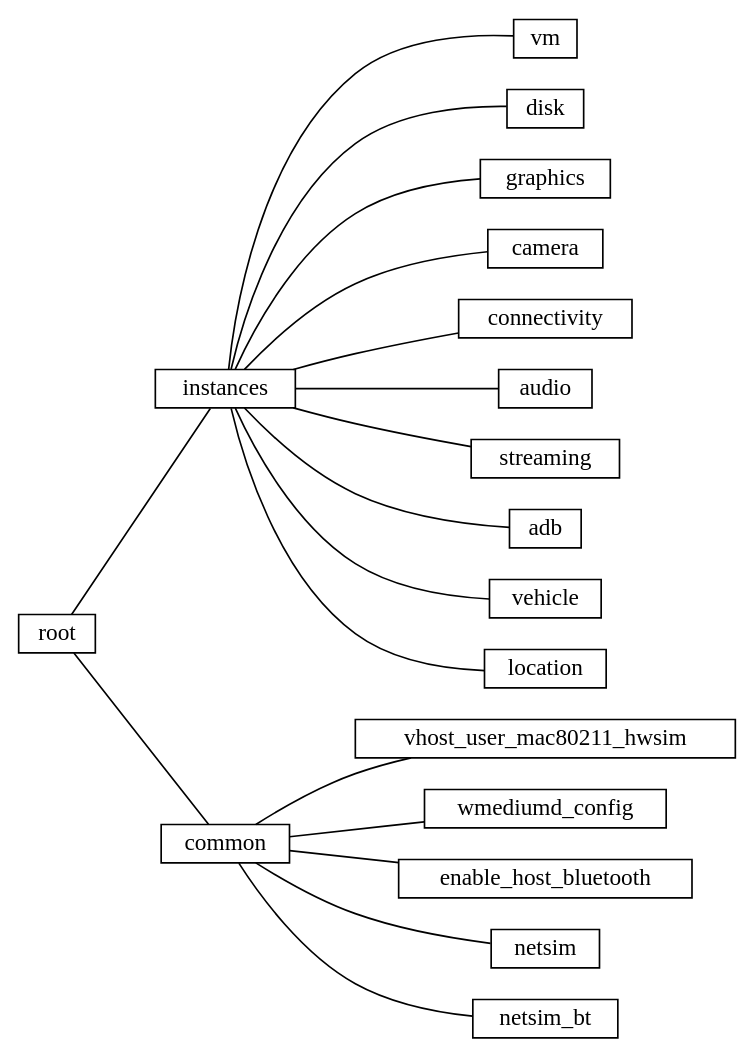
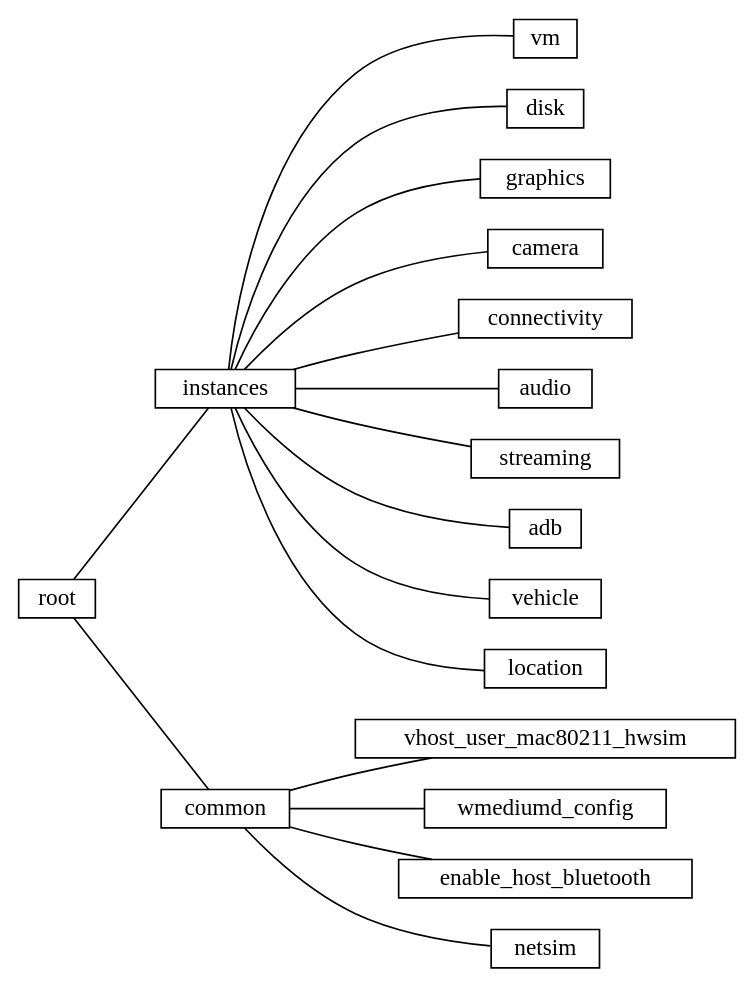
Before and after one commit to google/android-cuttlefish: the diagram in base/cvd/cuttlefish/host/commands/cvd/cli/parser/doc/linkage.dot, drawn with Graphviz. The commit also changed 2 other files, not shown here.

Commit message:
Remove deprecated netsim_bt from parser doc/linkage diagram
Follow-up to PR #3447 (802cfb8094e7): remove common--netsim_bt from base/cvd/cuttlefish/host/commands/cvd/cli/parser/doc/linkage.dot and regenerate linkage.svg and linkage.png.

Bug: 389328311

```diff
--- a/base/cvd/cuttlefish/host/commands/cvd/cli/parser/doc/linkage.dot
+++ b/base/cvd/cuttlefish/host/commands/cvd/cli/parser/doc/linkage.dot
@@ -1,21 +1,20 @@
 graph {
   rankdir=LR
 node [shape=record,width=.1,height=.1];
 root--instances
 root--common
 common--vhost_user_mac80211_hwsim
 common--wmediumd_config
 common--enable_host_bluetooth
 common--netsim
-common--netsim_bt
 instances--vm
 instances--disk
 instances--graphics
 instances--camera
 instances--connectivity
 instances--audio
 instances--streaming
 instances--adb
 instances--vehicle
 instances--location
 }
```
